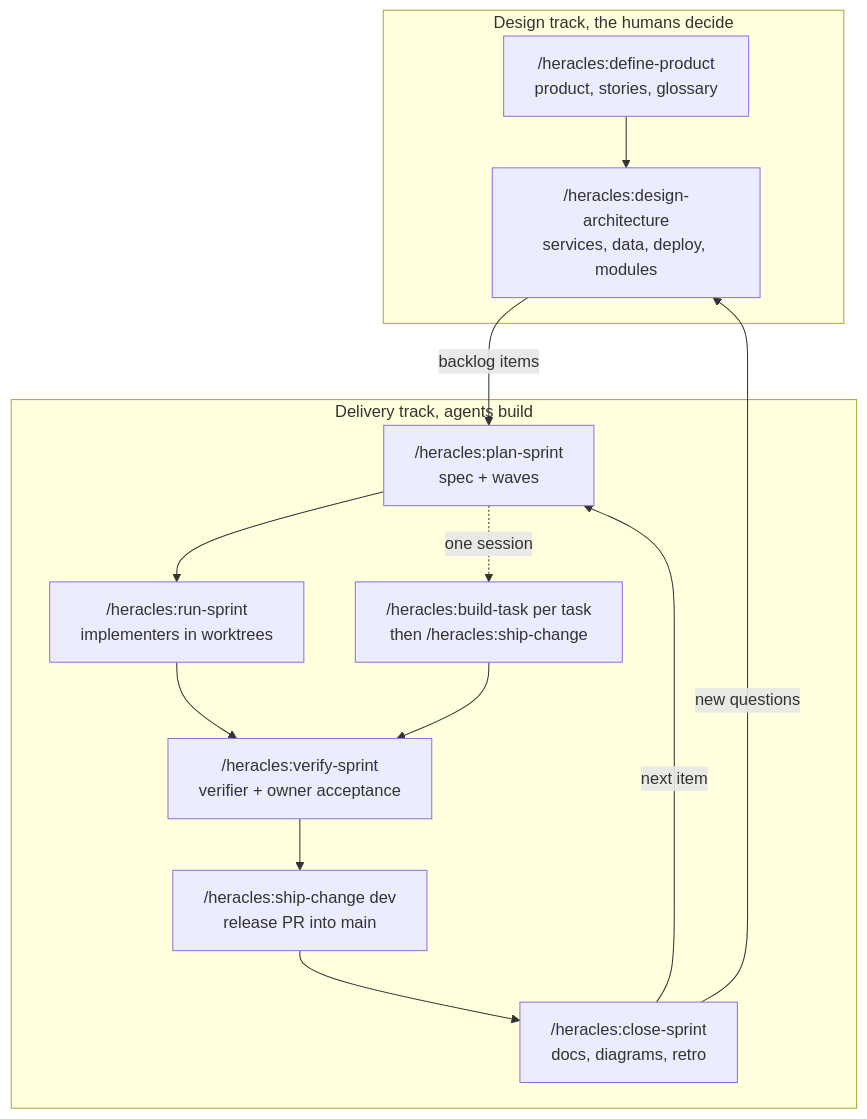
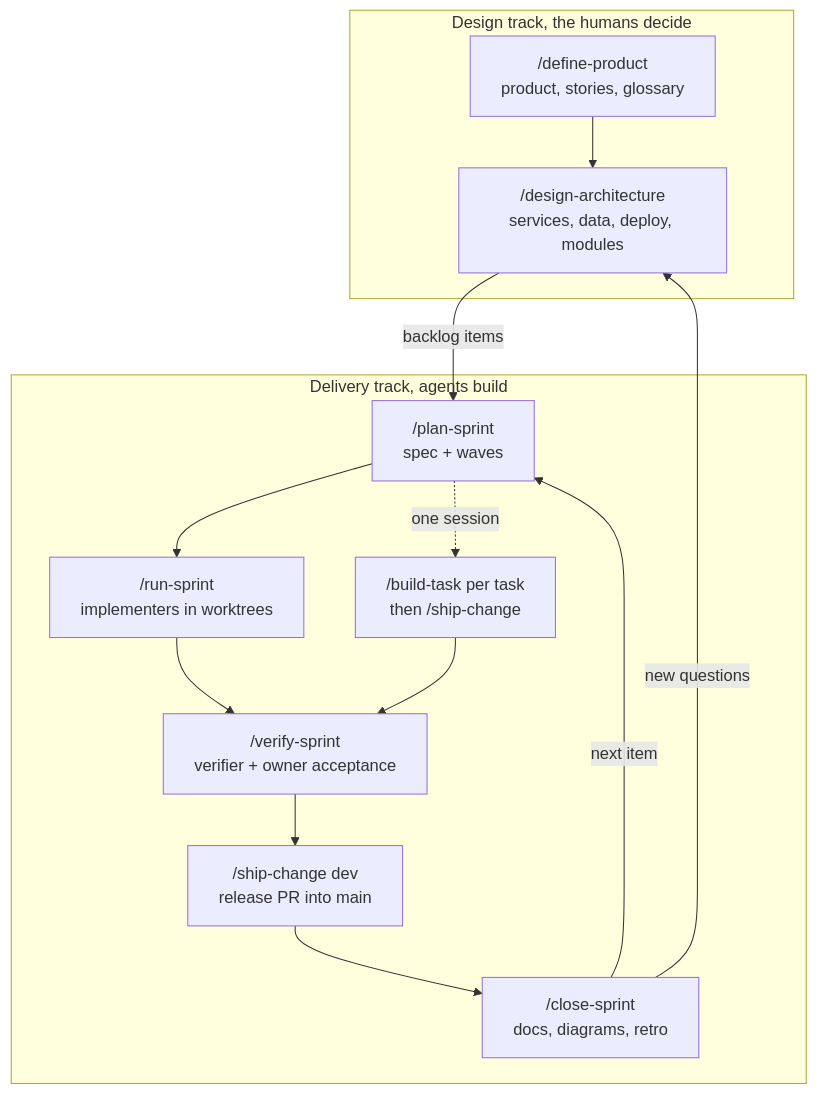
The diagram in README.md (davidtobonm/heracles-skills), drawn with Mermaid before and after one commit. The commit also changed other lines of this file and 76 other files, not shown here.

First line of the commit message:
feat: run heracles in any coding agent

````diff
--- a/README.md
+++ b/README.md
@@ -29,17 +54,17 @@
 ```mermaid
 flowchart TB
     subgraph design[Design track, the humans decide]
-        product["/heracles:define-product<br/>product, stories, glossary"] --> arch["/heracles:design-architecture<br/>services, data, deploy, modules"]
+        product["/define-product<br/>product, stories, glossary"] --> arch["/design-architecture<br/>services, data, deploy, modules"]
     end
     subgraph delivery[Delivery track, agents build]
-        plan["/heracles:plan-sprint<br/>spec + waves"] --> run["/heracles:run-sprint<br/>implementers in worktrees"]
-        plan -. one session .-> build["/heracles:build-task per task<br/>then /heracles:ship-change"]
+        plan["/plan-sprint<br/>spec + waves"] --> run["/run-sprint<br/>implementers in worktrees"]
+        plan -. one session .-> build["/build-task per task<br/>then /ship-change"]
         build --> verify
-        run --> verify["/heracles:verify-sprint<br/>verifier + owner acceptance"]
-        verify --> ship["/heracles:ship-change dev<br/>release PR into main"]
-        ship --> close["/heracles:close-sprint<br/>docs, diagrams, retro"]
+        run --> verify["/verify-sprint<br/>verifier + owner acceptance"]
+        verify --> ship["/ship-change dev<br/>release PR into main"]
+        ship --> close["/close-sprint<br/>docs, diagrams, retro"]
     end
     arch -- backlog items --> plan
     close -- new questions --> arch
     close -- next item --> plan
 ```
````
